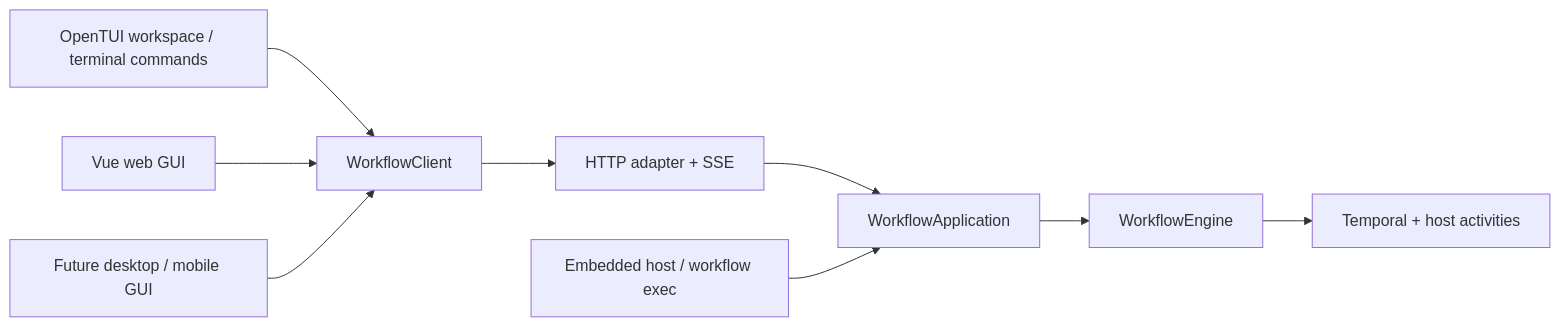
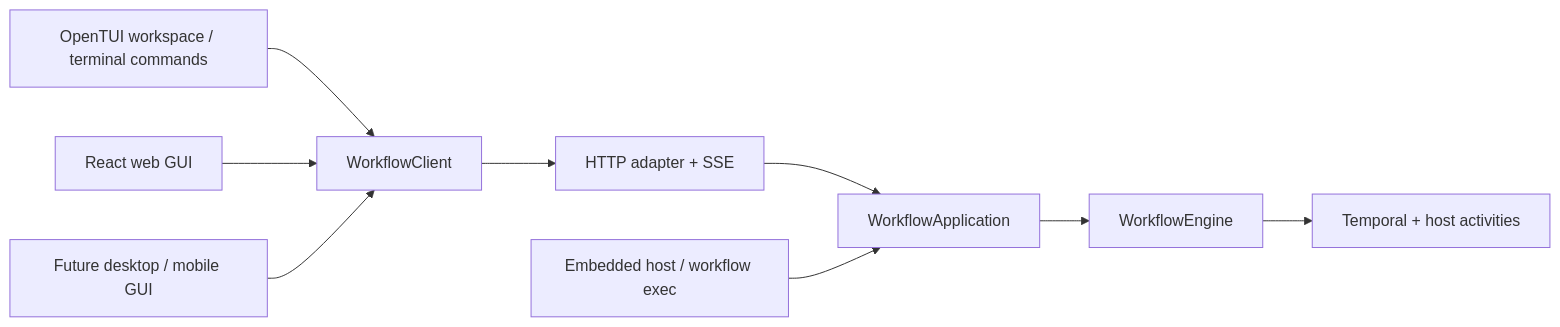
One commit to cjvnjde/workflow changed the diagram in docs/clients.md. Above: the diagram before and after it, drawn with Mermaid. The commit also changed 189 other files, not shown here.

````diff
--- a/docs/clients.md
+++ b/docs/clients.md
@@ -7,11 +7,11 @@
 ```mermaid
 flowchart LR
   Terminal[OpenTUI workspace / terminal commands] --> Client[WorkflowClient]
-  Web[Vue web GUI] --> Client
+  Web[React web GUI] --> Client
   Native[Future desktop / mobile GUI] --> Client
   Client --> HTTP[HTTP adapter + SSE]
   HTTP --> App[WorkflowApplication]
   Direct[Embedded host / workflow exec] --> App
   App --> Engine[WorkflowEngine]
   Engine --> Temporal[Temporal + host activities]
 ```
````
